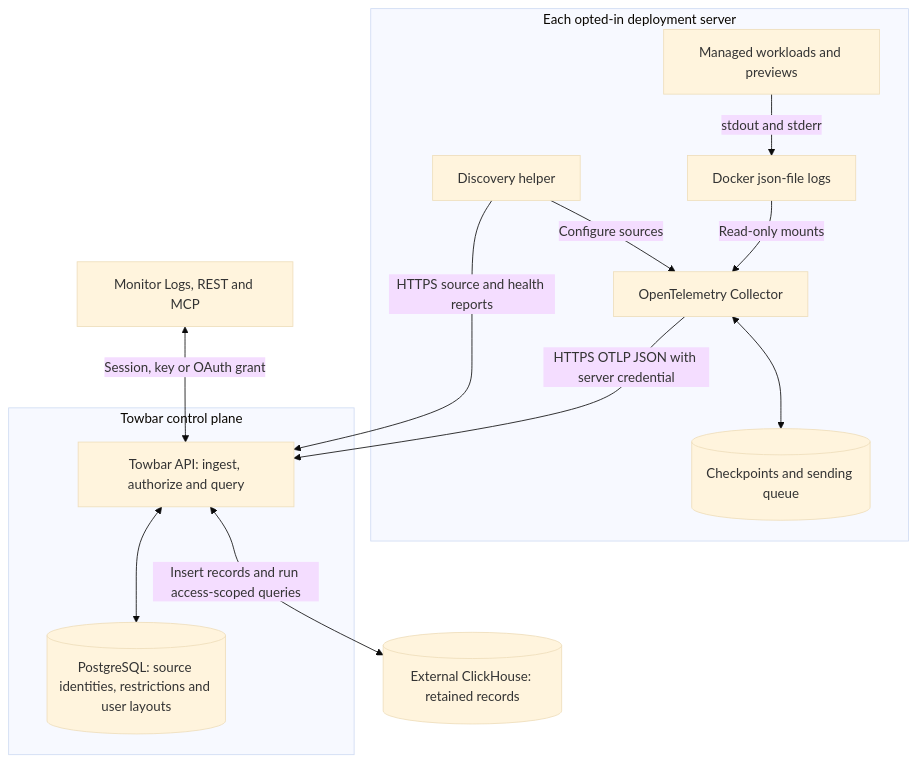
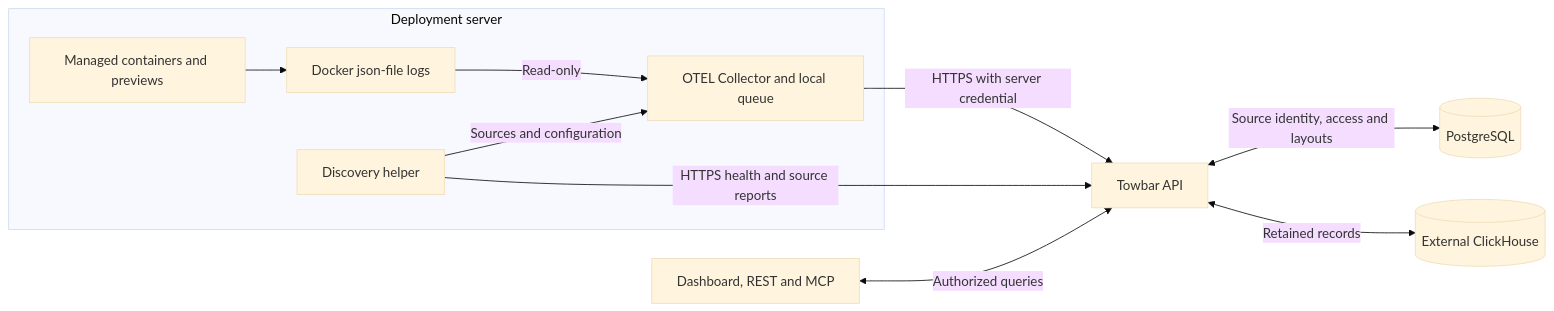
One commit to avgeek-oss/towbar changed the diagram in docs/docs/operate/centralized-logs.mdx. Above: the diagram before and after it, drawn with Mermaid (base theme). The commit also changed other lines of this file and 89 other files, not shown here.

First line of the commit message:
Improve server cleanup, collector setup, and system health (#299)

````diff
--- a/docs/docs/operate/centralized-logs.mdx
+++ b/docs/docs/operate/centralized-logs.mdx
@@ -22,17 +18,13 @@
 ```mermaid
-flowchart TB
-  subgraph Host[Each opted-in deployment server]
-    Workloads[Managed workloads and previews] -->|stdout and stderr| Files[Docker json-file logs]
-    Discovery[Discovery helper] -->|Configure sources| Collector[OpenTelemetry Collector]
-    Files -->|Read-only mounts| Collector
-    Collector <--> Buffer[(Checkpoints and sending queue)]
+flowchart LR
+  subgraph Server[Deployment server]
+    Workloads[Managed containers and previews] --> Files[Docker json-file logs]
+    Files -->|Read-only| Collector[OTEL Collector and local queue]
+    Discovery[Discovery helper] -->|Sources and configuration| Collector
   end
-  subgraph Control[Towbar control plane]
-    API[Towbar API: ingest, authorize and query]
-    API <--> Metadata[(PostgreSQL: source identities, restrictions and user layouts)]
-  end
-  Discovery -->|HTTPS source and health reports| API
-  Collector -->|HTTPS OTLP JSON with server credential| API
-  Clients[Monitor Logs, REST and MCP] <-->|Session, key or OAuth grant| API
-  API <-->|Insert records and run access-scoped queries| ClickHouse[(External ClickHouse: retained records)]
+  Discovery -->|HTTPS health and source reports| API[Towbar API]
+  Collector -->|HTTPS with server credential| API
+  API <-->|Source identity, access and layouts| PostgreSQL[(PostgreSQL)]
+  API <-->|Retained records| ClickHouse[(External ClickHouse)]
+  Clients[Dashboard, REST and MCP] <-->|Authorized queries| API
 ```
````
